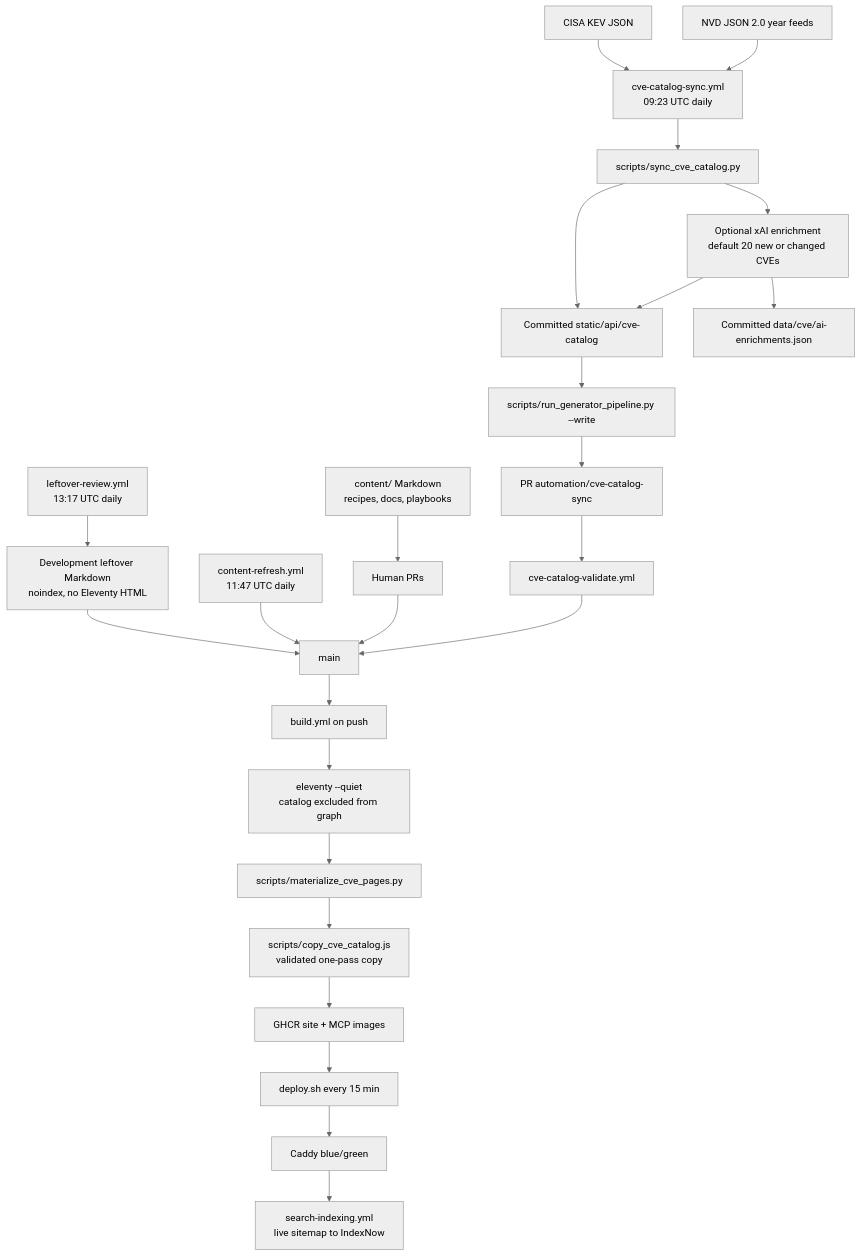
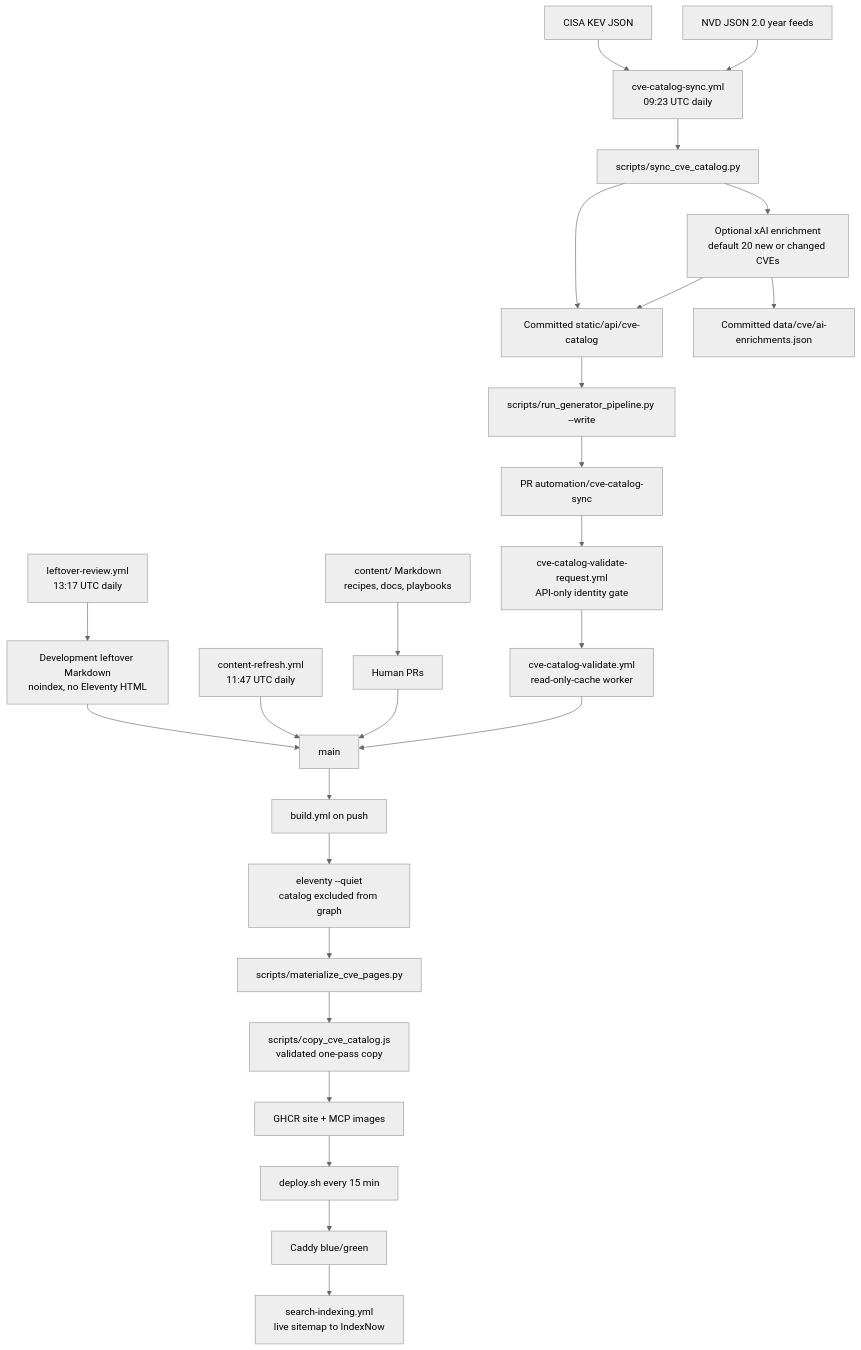
Before and after one commit to stevologic/security-recipes.ai: the diagram in content/docs/site-data-pipeline.md, drawn with Mermaid (neutral theme). The commit also changed other lines of this file and 8 other files, not shown here.

````diff
--- a/content/docs/site-data-pipeline.md
+++ b/content/docs/site-data-pipeline.md
@@ -28,57 +28,59 @@
 ```mermaid
 flowchart TB
     NVD["NVD JSON 2.0 year feeds"]
     KEV["CISA KEV JSON"]
     MD["content/ Markdown<br/>recipes, docs, playbooks"]
 
     SYNC["cve-catalog-sync.yml<br/>09:23 UTC daily"]
     SYNCPY["scripts/sync_cve_catalog.py"]
     XAI["Optional xAI enrichment<br/>default 20 new or changed CVEs"]
     CAT["Committed static/api/cve-catalog"]
     CACHE["Committed data/cve/ai-enrichments.json"]
     PIPE["scripts/run_generator_pipeline.py --write"]
     CATPR["PR automation/cve-catalog-sync"]
-    VAL["cve-catalog-validate.yml"]
+    VALREQ["cve-catalog-validate-request.yml<br/>API-only identity gate"]
+    VAL["cve-catalog-validate.yml<br/>read-only-cache worker"]
 
     HUMAN["Human PRs"]
     REFRESH["content-refresh.yml<br/>11:47 UTC daily"]
     LEFT["leftover-review.yml<br/>13:17 UTC daily"]
     DRAFTS["Development leftover Markdown<br/>noindex, no Eleventy HTML"]
 
     MAIN["main"]
     BUILD["build.yml on push"]
     E11["eleventy --quiet<br/>catalog excluded from graph"]
     MAT["scripts/materialize_cve_pages.py"]
     COPY["scripts/copy_cve_catalog.js<br/>validated one-pass copy"]
     IMG["GHCR site + MCP images"]
     DEP["deploy.sh every 15 min"]
     LIVE["Caddy blue/green"]
     IDX["search-indexing.yml<br/>live sitemap to IndexNow"]
 
     NVD --> SYNC
     KEV --> SYNC
     SYNC --> SYNCPY
     SYNCPY --> XAI
     XAI --> CAT
     XAI --> CACHE
     SYNCPY --> CAT
     CAT --> PIPE
     PIPE --> CATPR
-    CATPR --> VAL
+    CATPR --> VALREQ
+    VALREQ --> VAL
     VAL --> MAIN
 
     MD --> HUMAN
     HUMAN --> MAIN
     REFRESH --> MAIN
     LEFT --> DRAFTS
     DRAFTS --> MAIN
 
     MAIN --> BUILD
     BUILD --> E11
     E11 --> MAT
     MAT --> COPY
     COPY --> IMG
     IMG --> DEP
     DEP --> LIVE
     LIVE --> IDX
 ```
````
